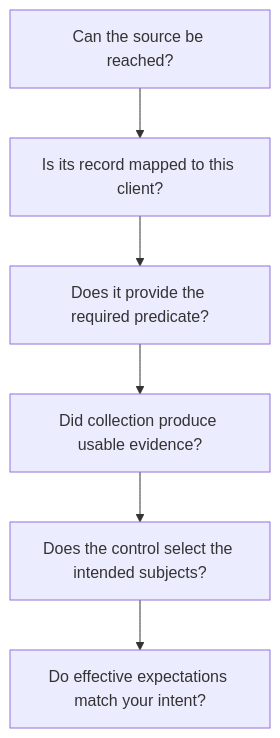
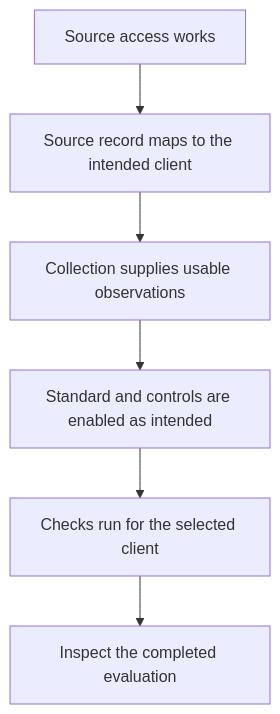
The diagram in guides/troubleshooting.mdx (ledgrhq/alignr-docs), drawn with Mermaid before and after one commit. The commit also changed other lines of this file and 6 other files, not shown here.

````diff
--- a/guides/troubleshooting.mdx
+++ b/guides/troubleshooting.mdx
@@ -22,8 +23,8 @@
 ```mermaid
 flowchart TD
-    A["Can the source be reached?"] --> B["Is its record mapped to this client?"]
-    B --> C["Does it provide the required predicate?"]
-    C --> D["Did collection produce usable evidence?"]
-    D --> E["Does the control select the intended subjects?"]
-    E --> F["Do effective expectations match your intent?"]
+    A["Source access works"] --> B["Source record maps to the intended client"]
+    B --> C["Collection supplies usable observations"]
+    C --> D["Standard and controls are enabled as intended"]
+    D --> E["Checks run for the selected client"]
+    E --> F["Inspect the completed evaluation"]
 ```
````
